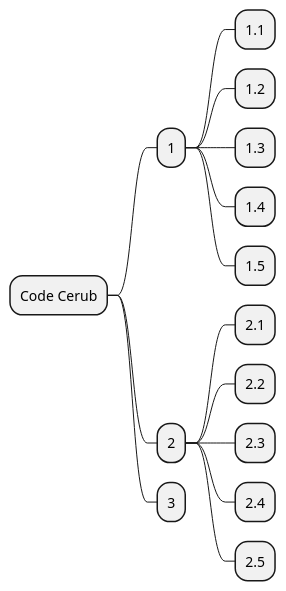
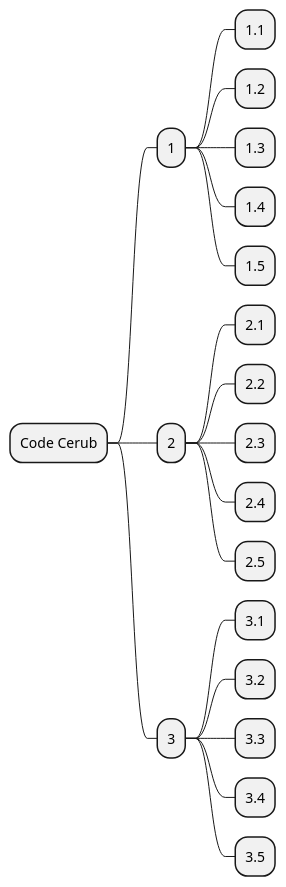
The third of 4 diagrams in dokumentit/10-Projektihallinta/projektisuunnitelma.md (ninaleo/S2021-AB5160-core), drawn with PlantUML before and after one commit.

````diff
--- a/dokumentit/10-Projektihallinta/projektisuunnitelma.md
+++ b/dokumentit/10-Projektihallinta/projektisuunnitelma.md
@@ -168,18 +168,23 @@
 ```plantuml
 @startmindmap
 + Code Cerub
 ++ 1
 +++ 1.1
 +++ 1.2
 +++ 1.3
 +++ 1.4
 +++ 1.5
 ++ 2
 +++ 2.1
 +++ 2.2
 +++ 2.3
 +++ 2.4
 +++ 2.5
 ++ 3
++++ 3.1
++++ 3.2
++++ 3.3
++++ 3.4
++++ 3.5
 @endmindmap
 ```
````
